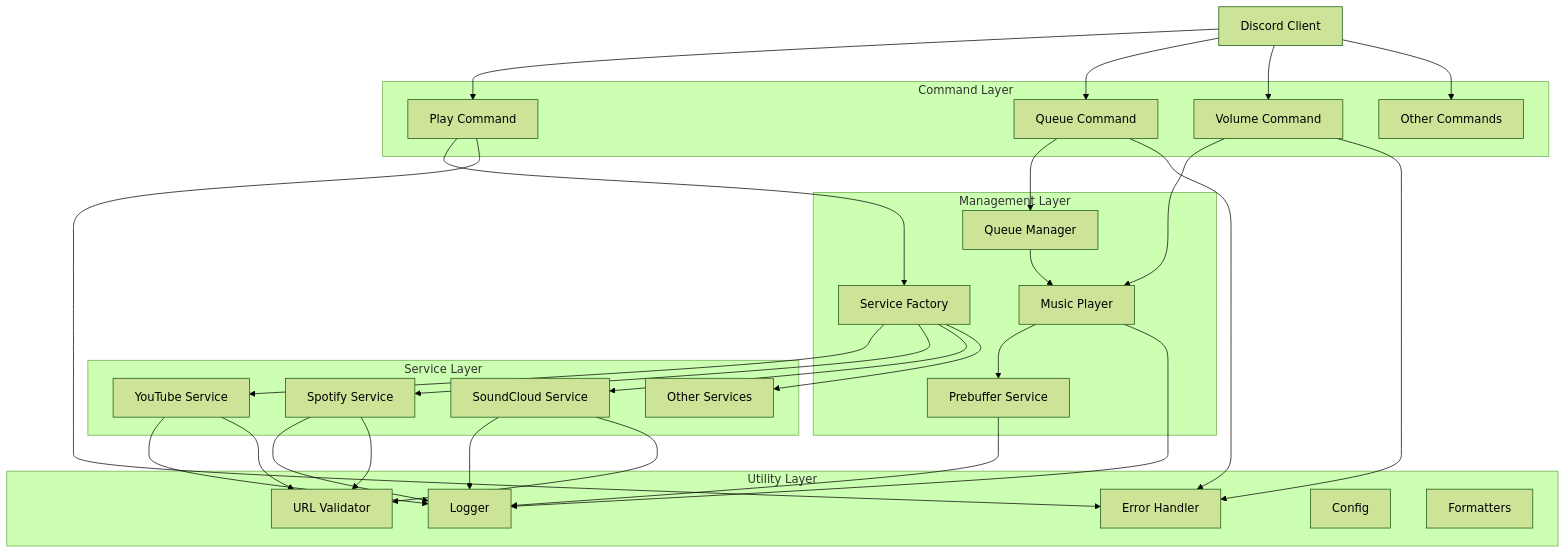
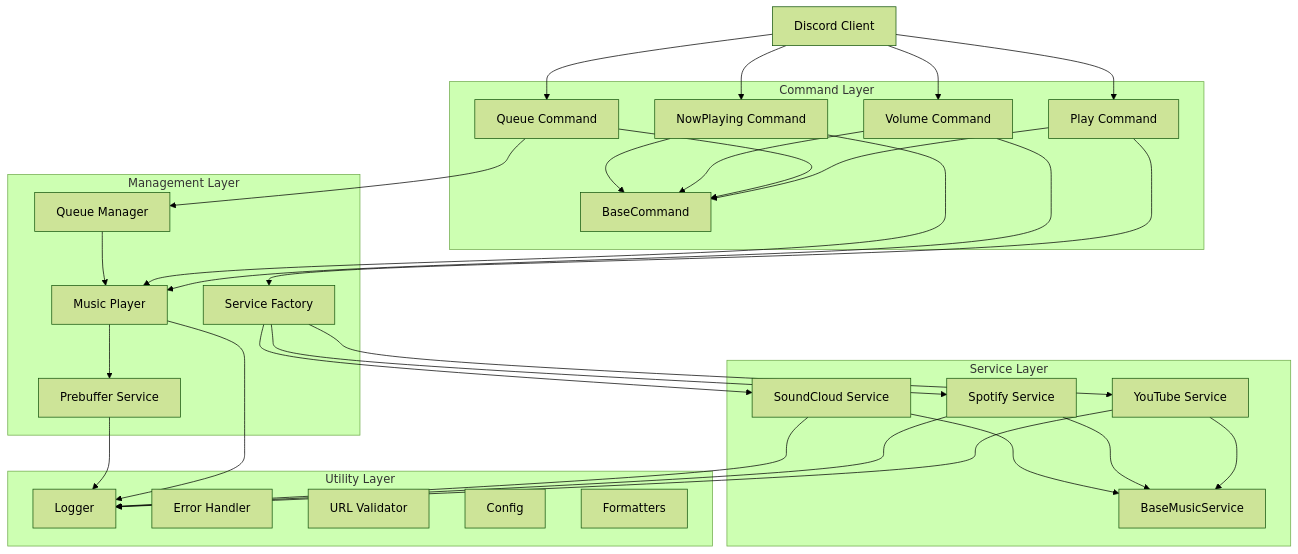
One commit to baguilartech/AMBER changed the first of 3 diagrams in wiki/Development/Architecture.md. Above: the diagram before and after it, drawn with Mermaid (forest theme). The commit also changed other lines of this file and 12 other files, not shown here.

````diff
--- a/wiki/Development/Architecture.md
+++ b/wiki/Development/Architecture.md
@@ -9,64 +9,66 @@
 ```mermaid
 graph TB
     DC[Discord Client] 
     
     subgraph "Command Layer"
         PC[Play Command]
         QC[Queue Command] 
         VC[Volume Command]
-        OC[Other Commands]
+        NC[NowPlaying Command]
+        BC[BaseCommand]
     end
     
     subgraph "Service Layer"
         YS[YouTube Service]
         SS[Spotify Service]
         SCS[SoundCloud Service]
-        OS[Other Services]
+        BMS[BaseMusicService]
     end
     
     subgraph "Management Layer"
         QM[Queue Manager]
         MP[Music Player]
         SF[Service Factory]
         PS[Prebuffer Service]
     end
     
     subgraph "Utility Layer"
         L[Logger]
         EH[Error Handler]
         UV[URL Validator]
         C[Config]
         F[Formatters]
     end
     
     DC --> PC
     DC --> QC
     DC --> VC
-    DC --> OC
+    DC --> NC
+    
+    PC --> BC
+    QC --> BC
+    VC --> BC
+    NC --> BC
     
     PC --> SF
     QC --> QM
     VC --> MP
+    NC --> MP
     
     SF --> YS
     SF --> SS
     SF --> SCS
-    SF --> OS
+    
+    YS --> BMS
+    SS --> BMS
+    SCS --> BMS
     
     QM --> MP
     MP --> PS
     MP --> L
     PS --> L
     
     YS --> L
     SS --> L
     SCS --> L
-    
-    PC --> EH
-    QC --> EH
-    VC --> EH
-    
-    YS --> UV
-    SS --> UV
-    SCS --> UV
 ```
````
